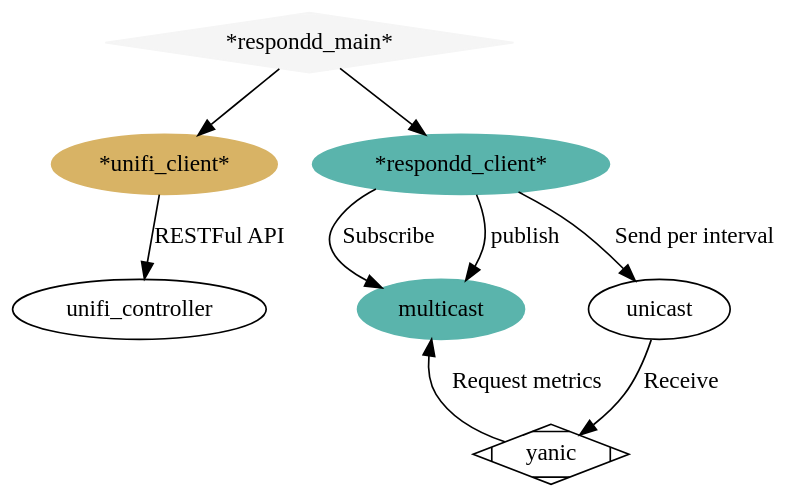
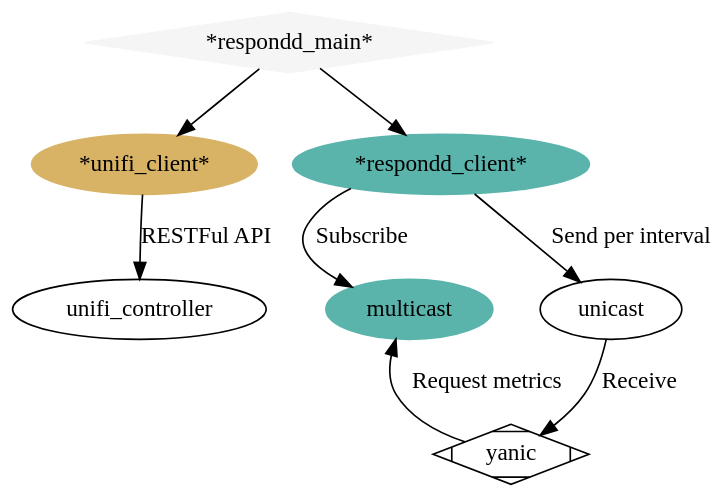
One commit to freifunkMUC/unifi_respondd changed the diagram in docs/architecture.dot. Above: the diagram before and after it, drawn with Graphviz. The commit also changed 1 other file, not shown here.

```diff
--- a/docs/architecture.dot
+++ b/docs/architecture.dot
@@ -1,50 +1,49 @@
 # http://www.graphviz.org/content/cluster
 
 digraph G {
   graph [fontname = "Handlee"];
   node [fontname = "Handlee"];
   edge [fontname = "Handlee"];
 
   bgcolor=transparent;
 
   subgraph unifi_client {
     style=filled;
     color=lightgrey;
     style="dotted"
     node [style=filled,color="#d8b365"];
     unifi_client [label="*unifi_client*"];
     fontsize = 20;
   }
 
   subgraph respondd {
     node [style=filled,color="#f5f5f5"];
     style="dotted"
     respondd [label="*respondd_main*"];
     fontsize = 20;
     color=blue
   }
   subgraph respondd_client {
     node [style=filled,color="#5ab4ac"];
     style="dotted"
     color=blue;
     label = "*respondd_client*";
     fontsize = 20;
     color=blue
     multicast -> respondd_client -> multicast[style=invis];
     respondd_client [label="*respondd_client*"];
   }
 
   yanic [shape=Mdiamond];
   respondd [shape=Mdiamond]
   
   unifi_client -> unifi_controller [label="RESTFul API"];
-  respondd_client -> multicast [label="publish"];
   respondd_client -> multicast [label="Subscribe"];
   respondd_client -> unicast [label="Send per interval"];
   unicast -> yanic [label="Receive"]
   yanic -> multicast [label="Request metrics"]
   respondd -> respondd_client
   respondd -> unifi_client
   {rank=same unifi_controller multicast unicast}
   {rank=same unifi_client respondd_client}
 }
```
